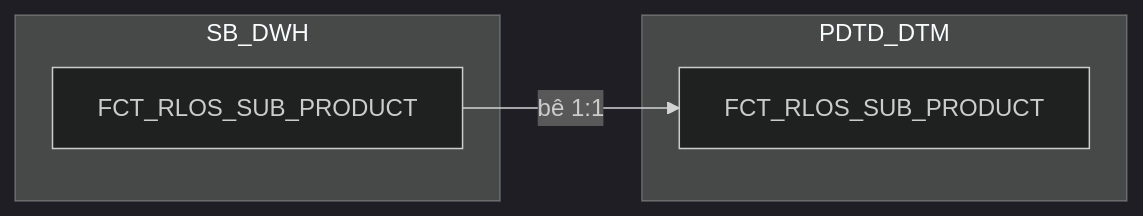
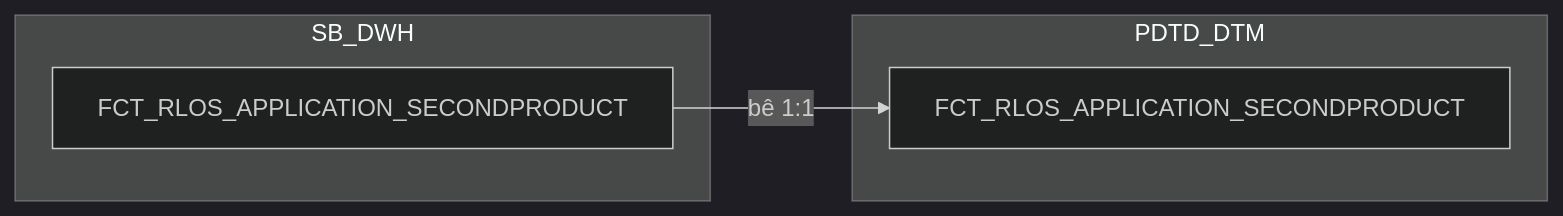
Diagram 13 of 19 in hld/hld_review/HLD_FCT_PDTD_DTM_review.md (chien1198/sb-mapping-gen), drawn with Mermaid (dark theme) before and after one commit. The commit also changed other lines of this file and 124 other files, not shown here.

````diff
--- a/hld/hld_review/HLD_FCT_PDTD_DTM_review.md
+++ b/hld/hld_review/HLD_FCT_PDTD_DTM_review.md
@@ -858,10 +823,10 @@
 ```mermaid
 flowchart LR
     subgraph SB_DWH
-        C["FCT_RLOS_SUB_PRODUCT"]
+        C["FCT_RLOS_APPLICATION_SECONDPRODUCT"]
     end
     subgraph PDTD_DTM
-        D["FCT_RLOS_SUB_PRODUCT"]
+        D["FCT_RLOS_APPLICATION_SECONDPRODUCT"]
     end
     C -->|bê 1:1| D
 ```
````
